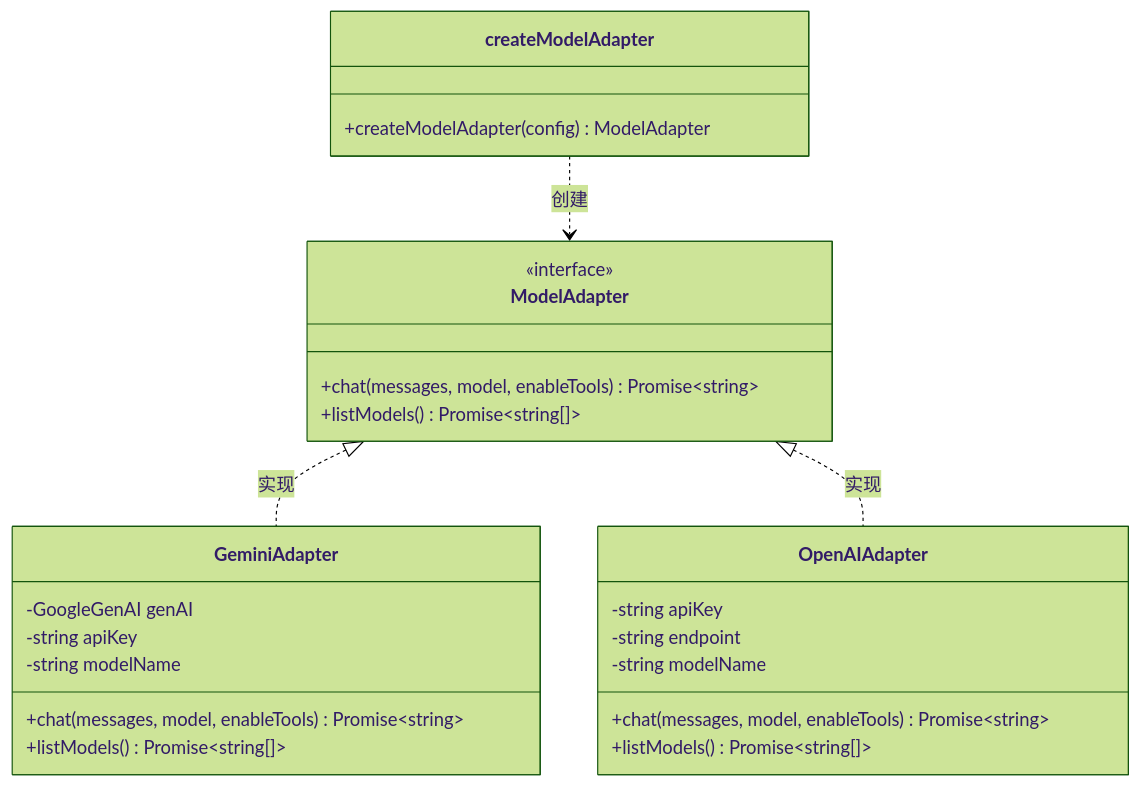
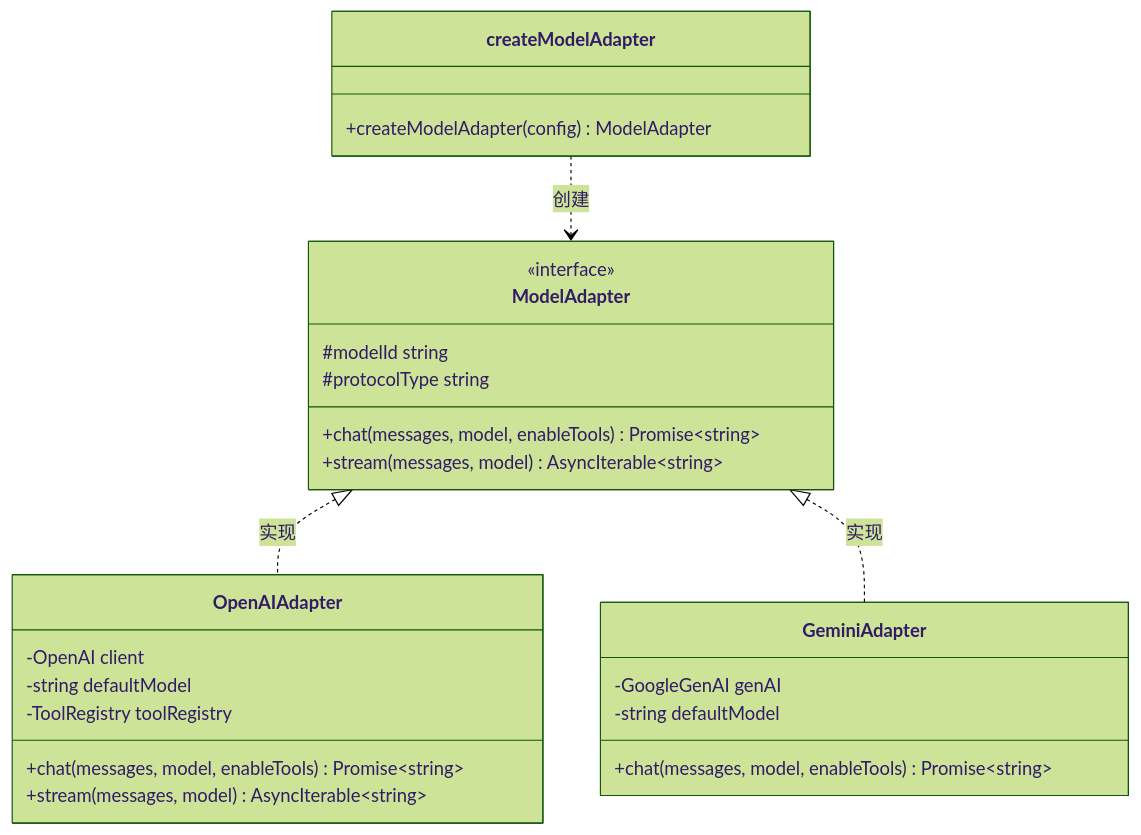
The sixth of 10 diagrams in docs/现实情况.md (Leonardo-lijianan/ai-agent-leobot), drawn with Mermaid (forest theme) before and after one commit. The commit also changed other lines of this file and 25 other files, not shown here.

````diff
--- a/docs/现实情况.md
+++ b/docs/现实情况.md
@@ -229,32 +372,32 @@
 ```mermaid
 classDiagram
     class ModelAdapter {
         <<interface>>
+        #modelId string
+        #protocolType string
         +chat(messages, model, enableTools) Promise~string~
-        +listModels() Promise~string[]~
+        +stream(messages, model) AsyncIterable~string~
+    }
+    
+    class OpenAIAdapter {
+        -OpenAI client
+        -string defaultModel
+        -ToolRegistry toolRegistry
+        +chat(messages, model, enableTools) Promise~string~
+        +stream(messages, model) AsyncIterable~string~
     }
     
     class GeminiAdapter {
         -GoogleGenAI genAI
-        -string apiKey
-        -string modelName
+        -string defaultModel
         +chat(messages, model, enableTools) Promise~string~
-        +listModels() Promise~string[]~
-    }
-    
-    class OpenAIAdapter {
-        -string apiKey
-        -string endpoint
-        -string modelName
-        +chat(messages, model, enableTools) Promise~string~
-        +listModels() Promise~string[]~
     }
     
     class createModelAdapter {
         +createModelAdapter(config) ModelAdapter
     }
     
+    ModelAdapter <|.. OpenAIAdapter : 实现
     ModelAdapter <|.. GeminiAdapter : 实现
-    ModelAdapter <|.. OpenAIAdapter : 实现
     createModelAdapter ..> ModelAdapter : 创建
 ```
````
